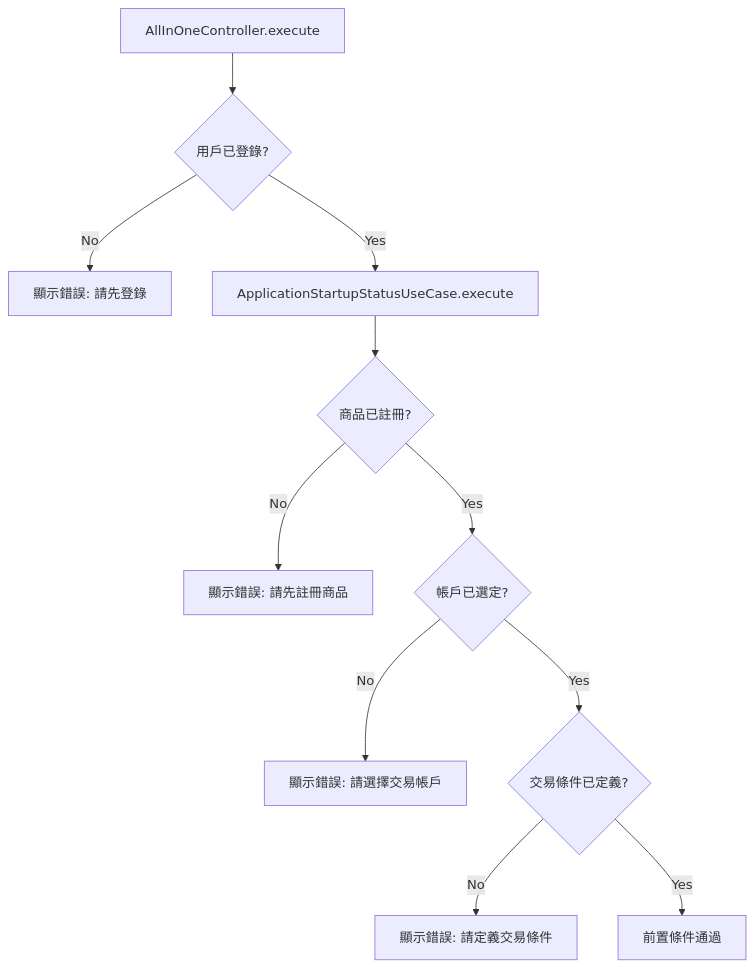
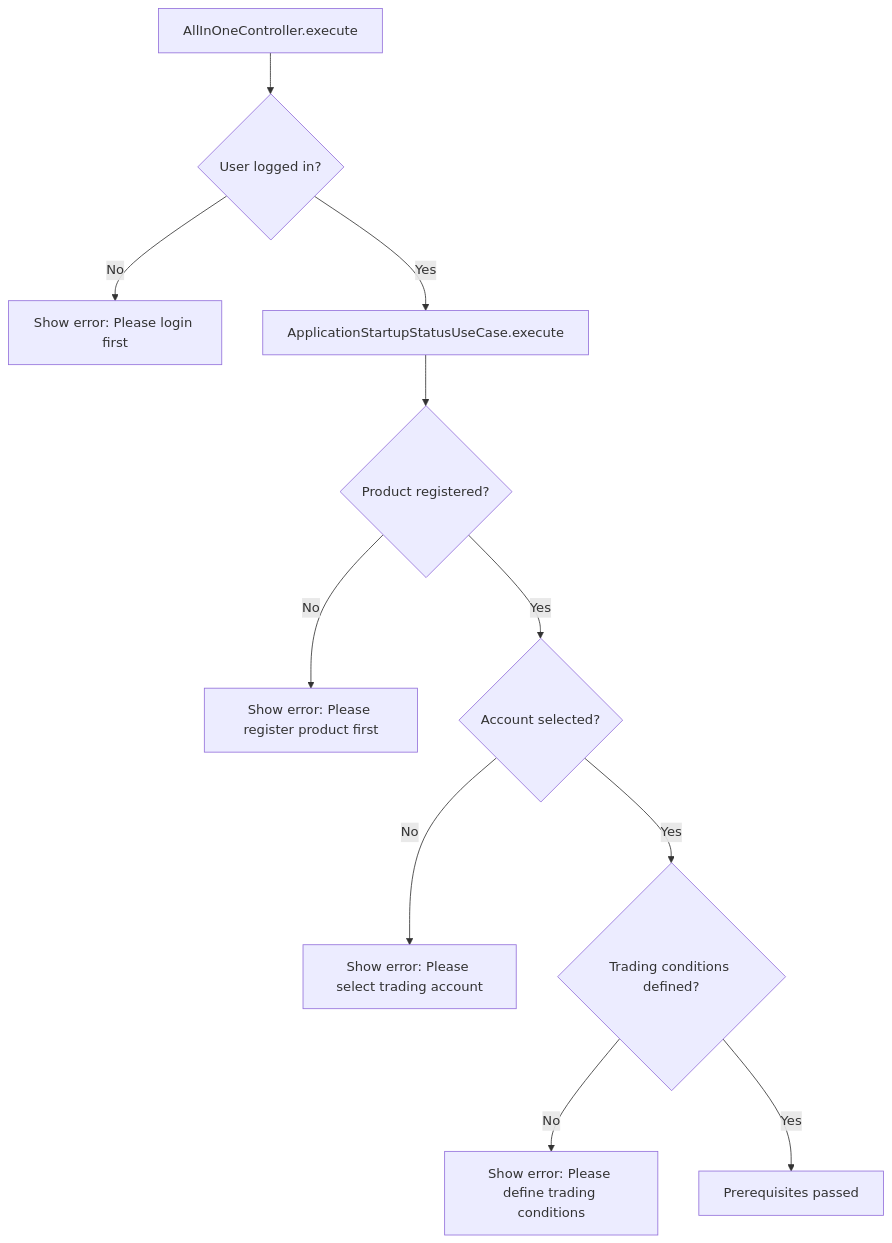
The first of 5 diagrams in docs/guides/ALLINONE_CONTROLLER_GUIDE.md (ttpss930141011/auto-futures-trading-machine), drawn with Mermaid before and after one commit. The commit also changed other lines of this file and 5 other files, not shown here.

````diff
--- a/docs/guides/ALLINONE_CONTROLLER_GUIDE.md
+++ b/docs/guides/ALLINONE_CONTROLLER_GUIDE.md
@@ -17,13 +17,13 @@
 ```mermaid
 flowchart TD
-    A[AllInOneController.execute] --> B{用戶已登錄?}
-    B -->|No| C[顯示錯誤: 請先登錄]
+    A[AllInOneController.execute] --> B{User logged in?}
+    B -->|No| C[Show error: Please login first]
     B -->|Yes| D[ApplicationStartupStatusUseCase.execute]
-    D --> E{商品已註冊?}
-    E -->|No| F[顯示錯誤: 請先註冊商品]
-    E -->|Yes| G{帳戶已選定?}
-    G -->|No| H[顯示錯誤: 請選擇交易帳戶]
-    G -->|Yes| I{交易條件已定義?}
-    I -->|No| J[顯示錯誤: 請定義交易條件]
-    I -->|Yes| K[前置條件通過]
+    D --> E{Product registered?}
+    E -->|No| F[Show error: Please register product first]
+    E -->|Yes| G{Account selected?}
+    G -->|No| H[Show error: Please select trading account]
+    G -->|Yes| I{Trading conditions defined?}
+    I -->|No| J[Show error: Please define trading conditions]
+    I -->|Yes| K[Prerequisites passed]
 ```
````
